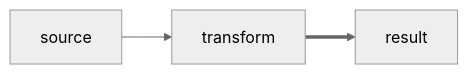
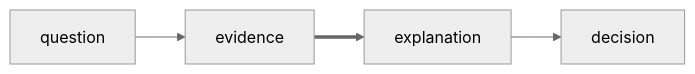
The first of 2 diagrams in .agents/skills/chardesk/references/materials.md (Sayhi-bzb/AsciiCanvas), drawn with Mermaid (neutral theme) before and after one commit. The commit also changed other lines of this file and 1 other file, not shown here.

````diff
--- a/.agents/skills/chardesk/references/materials.md
+++ b/.agents/skills/chardesk/references/materials.md
@@ -12,5 +70,6 @@
 ```mermaid
 flowchart LR
-  source --> transform
-  transform ==> result
+  question --> evidence
+  evidence ==> explanation
+  explanation --> decision
 ```
````
